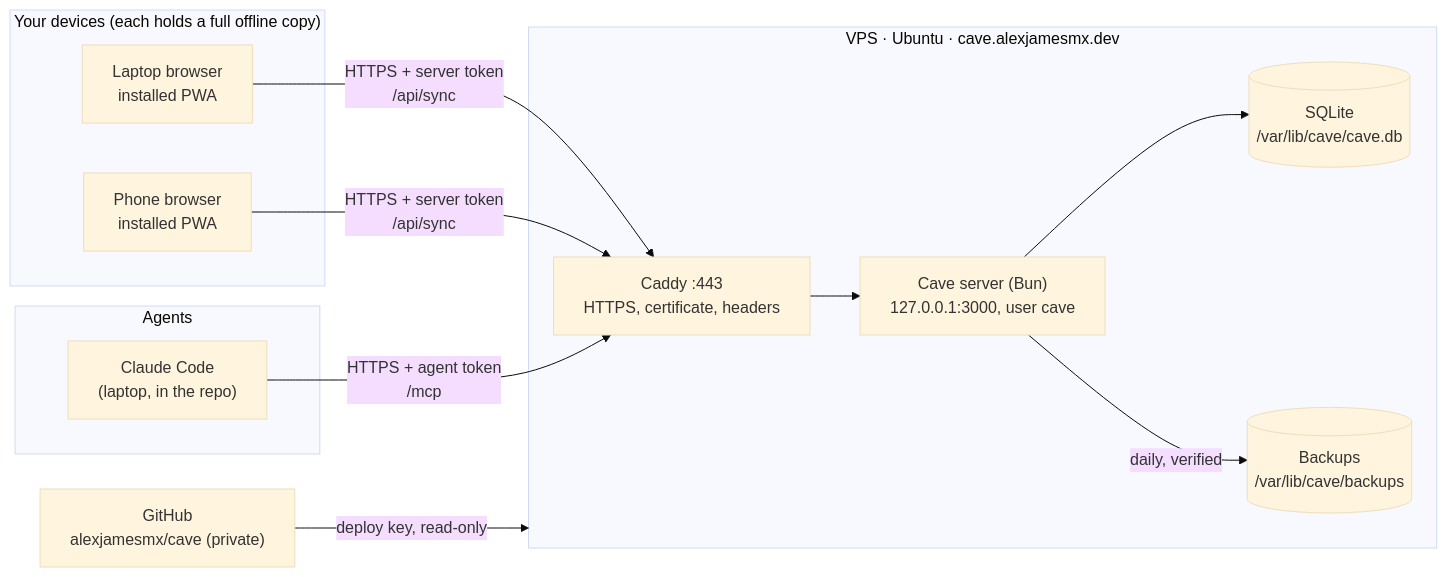
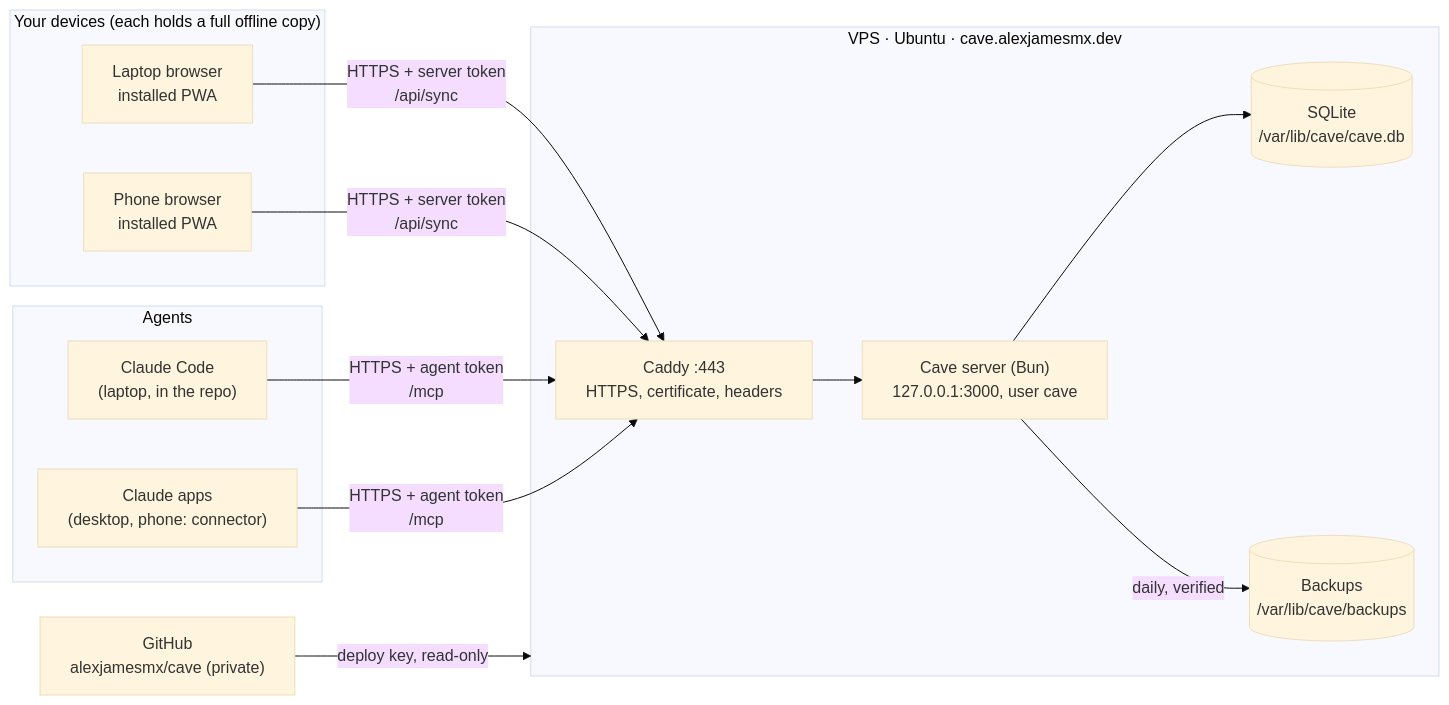
The first of 4 diagrams in docs/system.md (alexjamesmx/cave), drawn with Mermaid (base theme) before and after one commit. The commit also changed other lines of this file and 4 other files, not shown here.

Commit message:
M6 Part C: docs for deploy on merge, cloud sessions and the Claude apps connector

````diff
--- a/docs/system.md
+++ b/docs/system.md
@@ -7,25 +7,27 @@
 ```mermaid
 flowchart LR
   subgraph Devices["Your devices (each holds a full offline copy)"]
     L["Laptop browser<br/>installed PWA"]
     P["Phone browser<br/>installed PWA"]
   end
   subgraph Agents["Agents"]
     CC["Claude Code<br/>(laptop, in the repo)"]
+    CA["Claude apps<br/>(desktop, phone: connector)"]
   end
   subgraph VPS["VPS · Ubuntu · cave.alexjamesmx.dev"]
     C["Caddy :443<br/>HTTPS, certificate, headers"]
     S["Cave server (Bun)<br/>127.0.0.1:3000, user cave"]
     DB[("SQLite<br/>/var/lib/cave/cave.db")]
     B[("Backups<br/>/var/lib/cave/backups")]
   end
   GH["GitHub<br/>alexjamesmx/cave (private)"]
 
   L -- "HTTPS + server token<br/>/api/sync" --> C
   P -- "HTTPS + server token<br/>/api/sync" --> C
   CC -- "HTTPS + agent token<br/>/mcp" --> C
+  CA -- "HTTPS + agent token<br/>/mcp" --> C
   C --> S
   S --> DB
   S -- "daily, verified" --> B
   GH -- "deploy key, read-only" --> VPS
 ```
````
